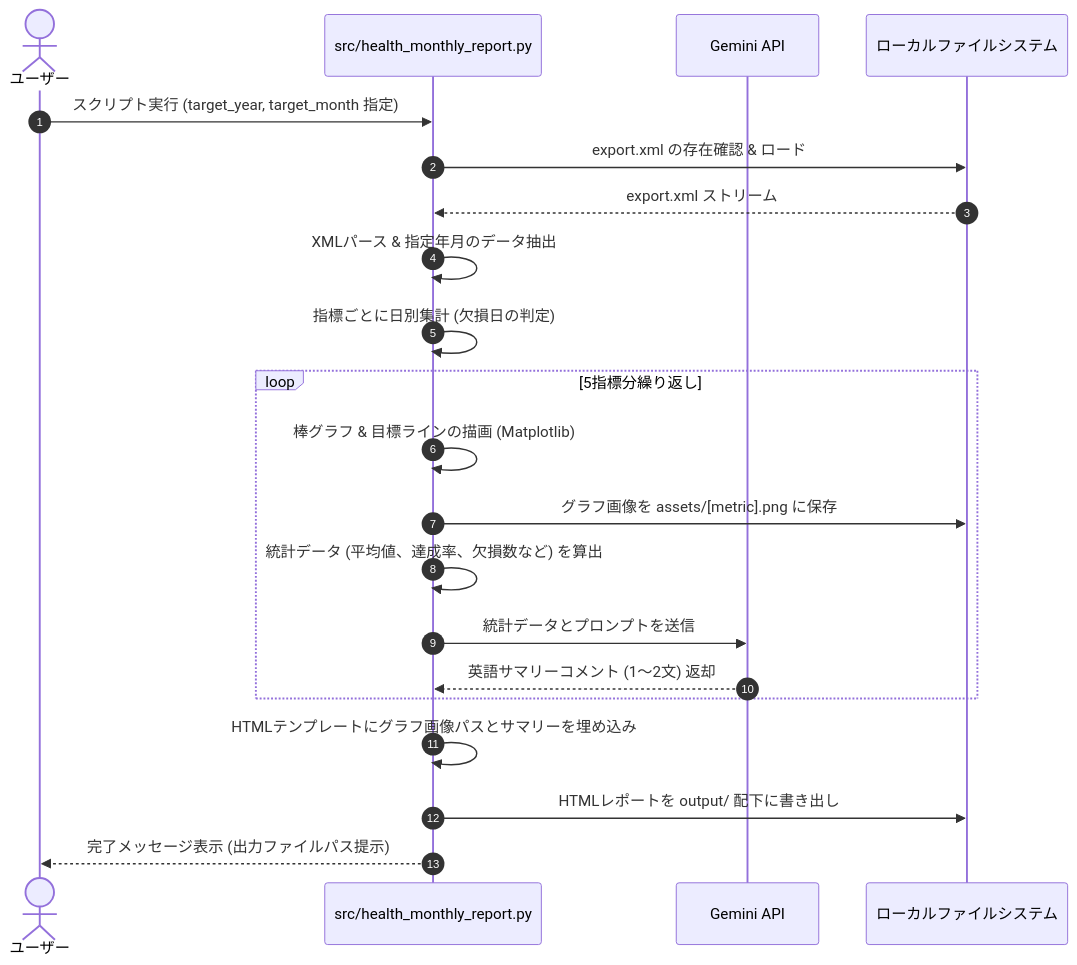
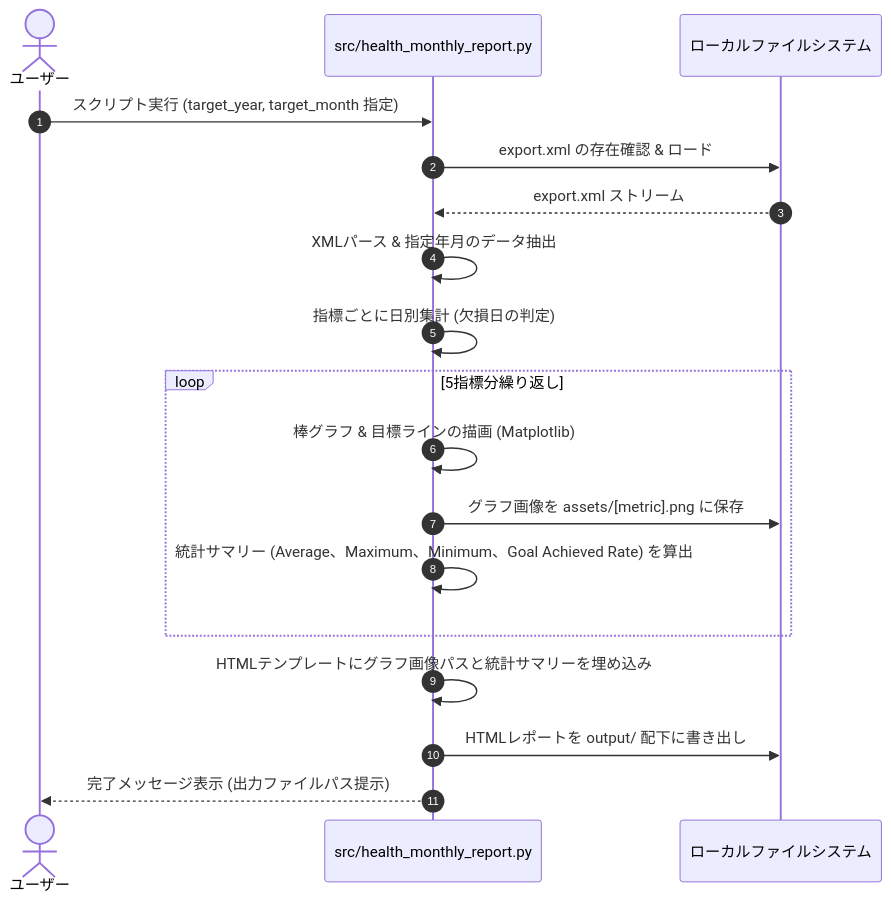
Before and after one commit to omotoshohei/14-apple-watch-health-tracker: the second of 2 diagrams in docs/functional-design.md, drawn with Mermaid. The commit also changed other lines of this file and 38 other files, not shown here.

````diff
--- a/docs/functional-design.md
+++ b/docs/functional-design.md
@@ -84,26 +83,23 @@
 ```mermaid
 sequenceDiagram
     autonumber
     actor User as ユーザー
     participant Script as src/health_monthly_report.py
-    participant Gemini as Gemini API
     participant Files as ローカルファイルシステム
 
     User->>Script: スクリプト実行 (target_year, target_month 指定)
     Script->>Files: export.xml の存在確認 & ロード
     Files-->>Script: export.xml ストリーム
     Script->>Script: XMLパース & 指定年月のデータ抽出
     Script->>Script: 指標ごとに日別集計 (欠損日の判定)
     
     loop 5指標分繰り返し
         Script->>Script: 棒グラフ & 目標ラインの描画 (Matplotlib)
         Script->>Files: グラフ画像を assets/[metric].png に保存
-        Script->>Script: 統計データ (平均値、達成率、欠損数など) を算出
-        Script->>Gemini: 統計データとプロンプトを送信
-        Gemini-->>Script: 英語サマリーコメント (1〜2文) 返却
+        Script->>Script: 統計サマリー (Average、Maximum、Minimum、Goal Achieved Rate) を算出
     end
 
-    Script->>Script: HTMLテンプレートにグラフ画像パスとサマリーを埋め込み
+    Script->>Script: HTMLテンプレートにグラフ画像パスと統計サマリーを埋め込み
     Script->>Files: HTMLレポートを output/ 配下に書き出し
     Script-->>User: 完了メッセージ表示 (出力ファイルパス提示)
 ```
````
